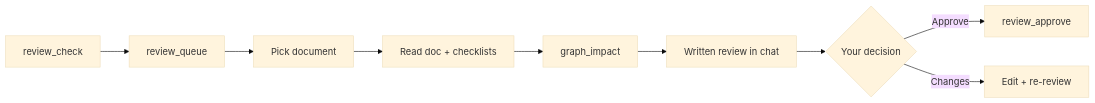
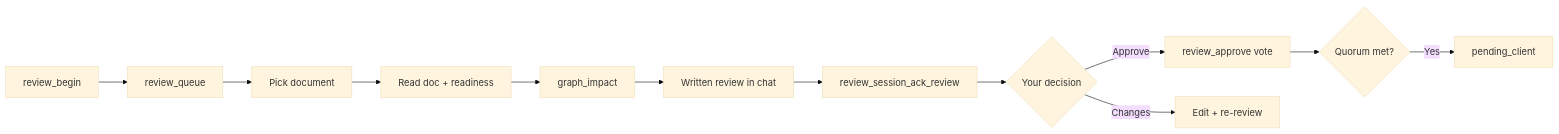
The diagram in website/docs/06-review/01-document-review.md (milky-way-66/ai-spector), drawn with Mermaid (base theme) before and after one commit. The commit also changed other lines of this file and 8 other files, not shown here.

````diff
--- a/website/docs/06-review/01-document-review.md
+++ b/website/docs/06-review/01-document-review.md
@@ -24,11 +28,14 @@
 ```mermaid
 flowchart LR
-  A[review_check] --> B[review_queue]
+  A[review_begin] --> B[review_queue]
   B --> C[Pick document]
-  C --> D[Read doc + checklists]
+  C --> D[Read doc + readiness]
   D --> E[graph_impact]
   E --> F[Written review in chat]
-  F --> G{Your decision}
-  G -->|Approve| H[review_approve]
-  G -->|Changes| I[Edit + re-review]
+  F --> G[review_session_ack_review]
+  G --> H{Your decision}
+  H -->|Approve| I[review_approve vote]
+  H -->|Changes| J[Edit + re-review]
+  I --> K{Quorum met?}
+  K -->|Yes| L[pending_client]
 ```
````
